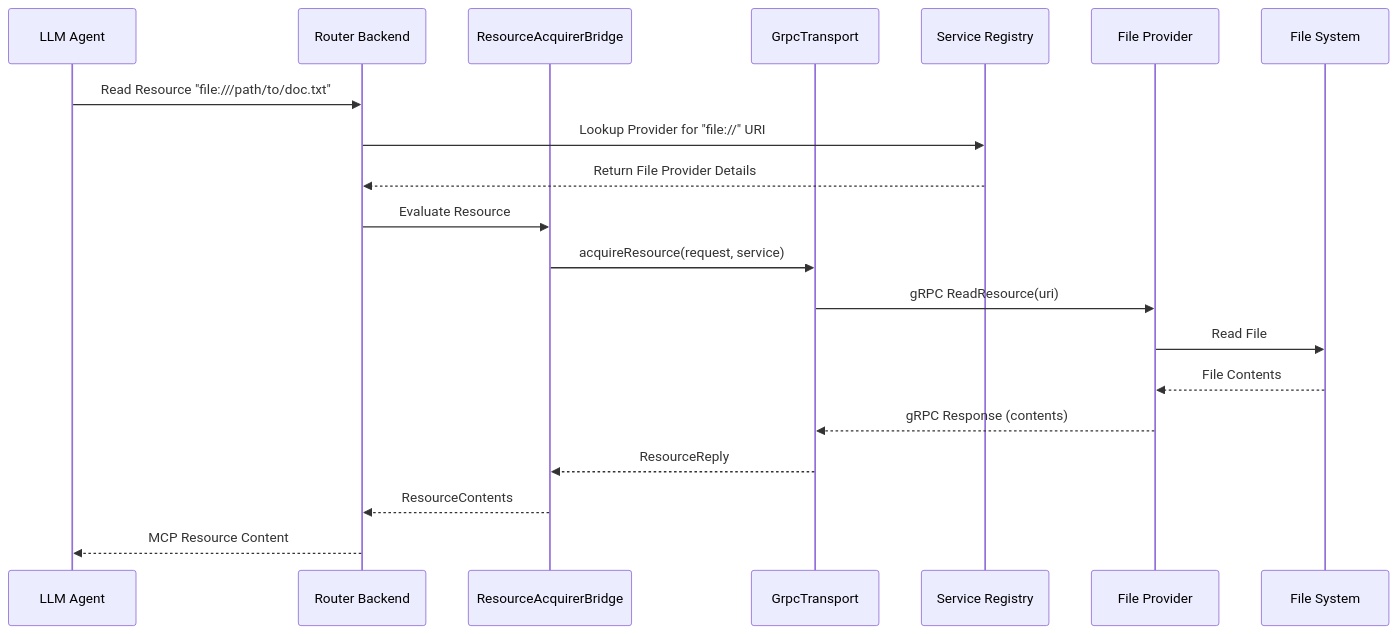
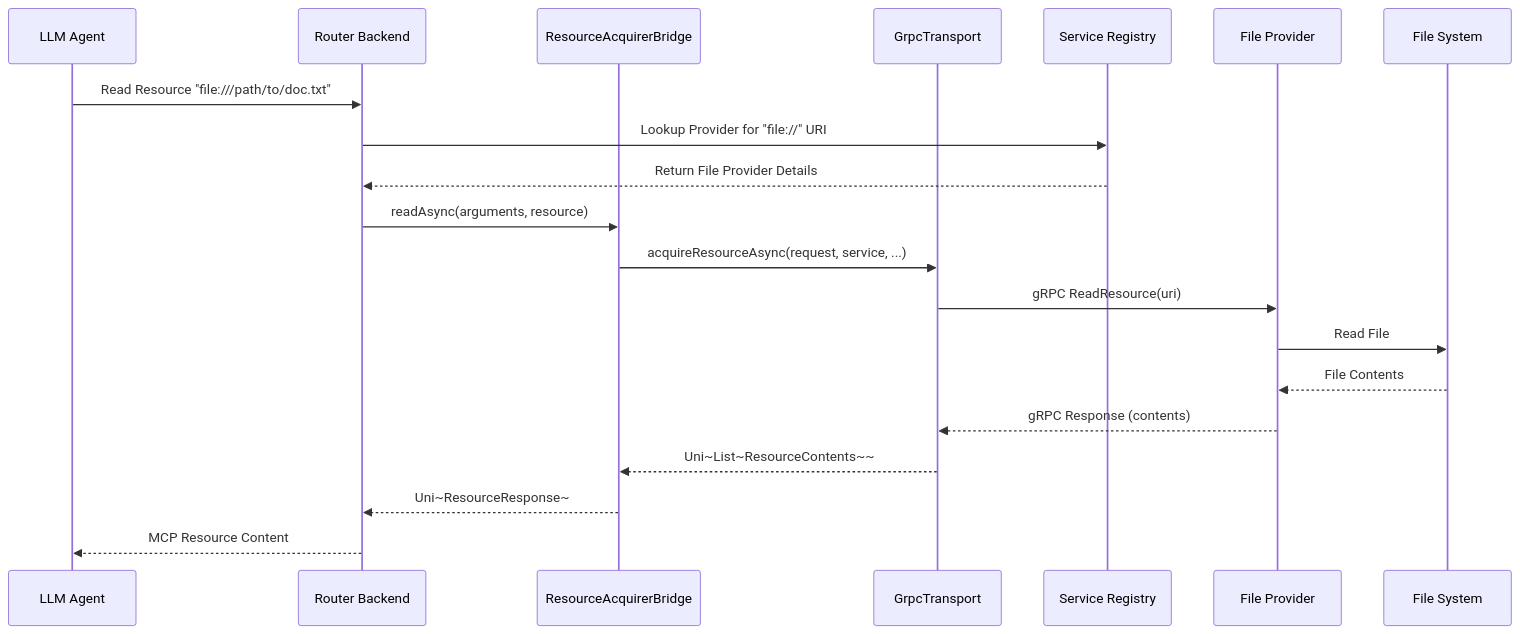
Before and after one commit to wanaku-ai/wanaku: the fourth of 11 diagrams in docs/architecture.md, drawn with Mermaid. The commit also changed other lines of this file and 5 other files, not shown here.

First line of the commit message:
Update documentation to reflect async-first bridge architecture

````diff
--- a/docs/architecture.md
+++ b/docs/architecture.md
@@ -213,23 +213,23 @@
 ```mermaid
 sequenceDiagram
     participant LLM as LLM Agent
     participant Router as Router Backend
     participant Bridge as ResourceAcquirerBridge
     participant Transport as GrpcTransport
     participant Registry as Service Registry
     participant FileProv as File Provider
     participant FS as File System
 
     LLM->>Router: Read Resource "file:///path/to/doc.txt"
     Router->>Registry: Lookup Provider for "file://" URI
     Registry-->>Router: Return File Provider Details
-    Router->>Bridge: Evaluate Resource
-    Bridge->>Transport: acquireResource(request, service)
+    Router->>Bridge: readAsync(arguments, resource)
+    Bridge->>Transport: acquireResourceAsync(request, service, ...)
     Transport->>FileProv: gRPC ReadResource(uri)
     FileProv->>FS: Read File
     FS-->>FileProv: File Contents
     FileProv-->>Transport: gRPC Response (contents)
-    Transport-->>Bridge: ResourceReply
-    Bridge-->>Router: ResourceContents
+    Transport-->>Bridge: Uni~List~ResourceContents~~
+    Bridge-->>Router: Uni~ResourceResponse~
     Router-->>LLM: MCP Resource Content
 ```
````
